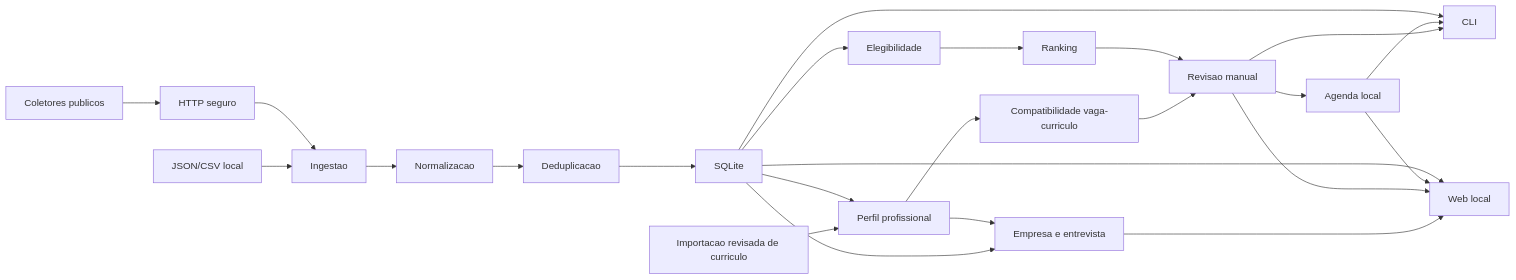
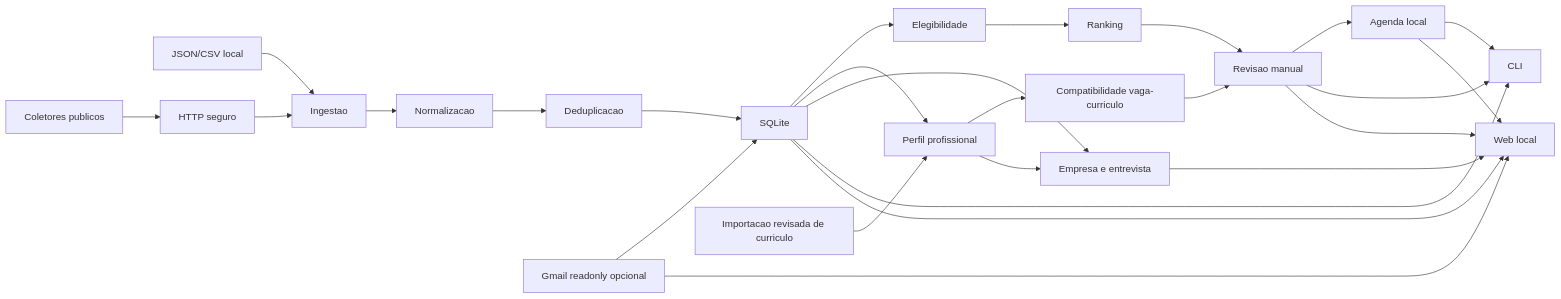
One commit to Islayder/JobSearch changed the diagram in docs/architecture.md. Above: the diagram before and after it, drawn with Mermaid. The commit also changed other lines of this file and 28 other files, not shown here.

````diff
--- a/docs/architecture.md
+++ b/docs/architecture.md
@@ -31,26 +33,28 @@
 ```mermaid
 flowchart LR
     L["JSON/CSV local"] --> C["Ingestao"]
     B["Coletores publicos"] --> H["HTTP seguro"]
     H --> C
     C --> D["Normalizacao"]
     D --> E["Deduplicacao"]
     E --> F["SQLite"]
     F --> G["Elegibilidade"]
     G --> R["Ranking"]
     RI["Importacao revisada de curriculo"] --> P["Perfil profissional"]
     F --> P
     P --> X["Compatibilidade vaga-curriculo"]
     X --> V["Revisao manual"]
     F --> CI["Empresa e entrevista"]
     P --> CI
     CI --> W
+    GM["Gmail readonly opcional"] --> F
+    GM --> W
     R --> V
     V --> A["Agenda local"]
     V --> I["CLI"]
     V --> W["Web local"]
     A --> I
     A --> W
     F --> I
     F --> W
 ```
````
